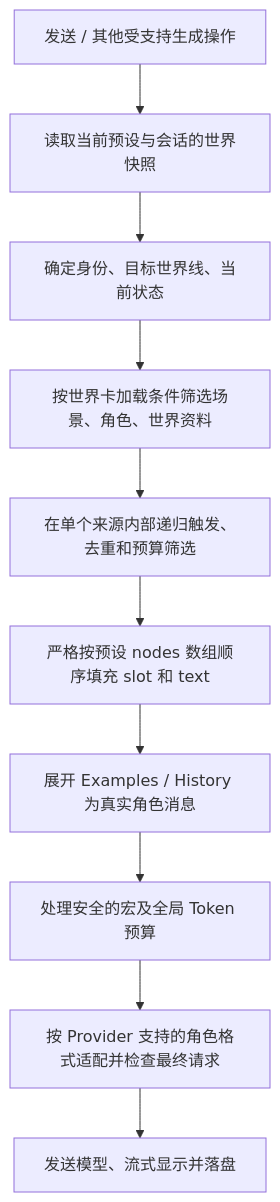
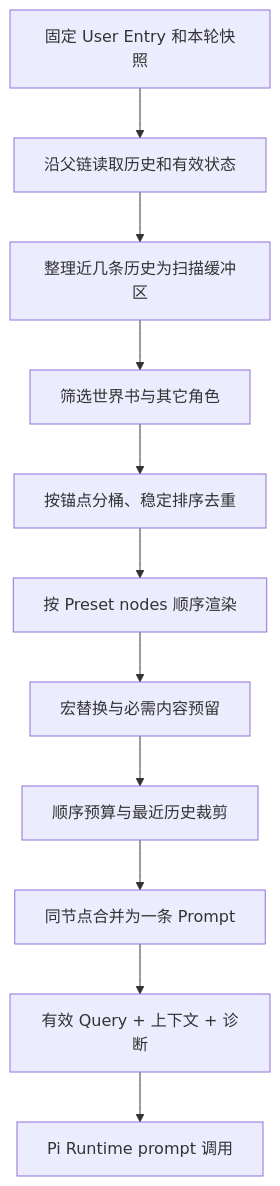
One commit to huiru-wang/SillyRealms changed the diagram in docs/design/context.md. Above: the diagram before and after it, drawn with Mermaid. The commit also changed other lines of this file and 10 other files, not shown here.

Commit message:
docs: unify context anchors and preset prompt composition

````diff
--- a/docs/design/context.md
+++ b/docs/design/context.md
@@ -66,12 +41,13 @@
 ```mermaid
 flowchart TD
-    A[发送 / 其他受支持生成操作] --> B[读取当前预设与会话的世界快照]
-    B --> C[确定身份、目标世界线、当前状态]
-    C --> D[按世界卡加载条件筛选场景、角色、世界资料]
-    D --> E[在单个来源内部递归触发、去重和预算筛选]
-    E --> F[严格按预设 nodes 数组顺序填充 slot 和 text]
-    F --> G[展开 Examples / History 为真实角色消息]
-    G --> H[处理安全的宏及全局 Token 预算]
-    H --> I[按 Provider 支持的角色格式适配并检查最终请求]
-    I --> J[发送模型、流式显示并落盘]
+ A[固定 User Entry 和本轮快照] --> B[沿父链读取历史和有效状态]
+ B --> C[整理近几条历史为扫描缓冲区]
+ C --> D[筛选世界书与其它角色]
+ D --> E[按锚点分桶、稳定排序去重]
+ E --> F[按 Preset nodes 顺序渲染]
+ F --> G[宏替换与必需内容预留]
+ G --> H[顺序预算与最近历史裁剪]
+ H --> I[同节点合并为一条 Prompt]
+ I --> J[有效 Query + 上下文 + 诊断]
+ J --> K[Pi Runtime prompt 调用]
 ```
````
